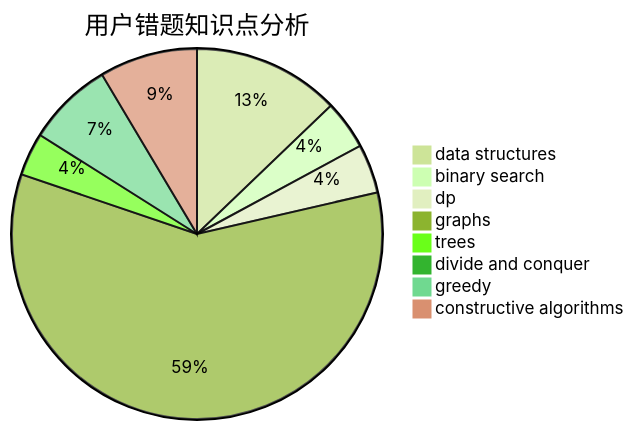
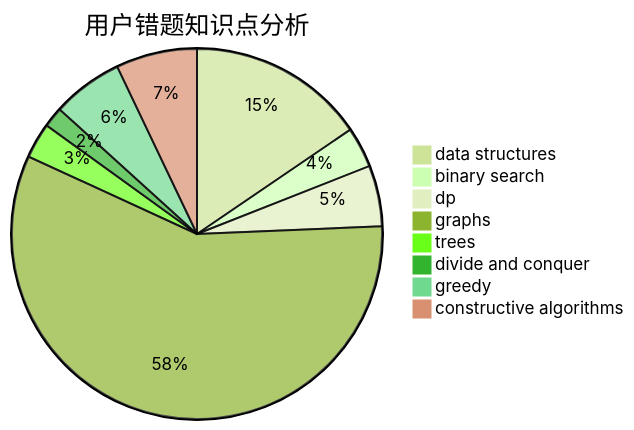
The third of 3 diagrams in docs/user/u2459.md (sherpahu/cfrs.github.io), drawn with Mermaid (forest theme) before and after one commit. The commit also changed other lines of this file and 2770 other files, not shown here.

````diff
--- a/docs/user/u2459.md
+++ b/docs/user/u2459.md
@@ -36,11 +36,11 @@
 ```mermaid
 pie title 用户错题知识点分析
-    "data structures" :  24
+    "data structures" :  35
     "binary search" :  8
-    "dp" :  8
-    "graphs" :  110
+    "dp" :  12
+    "graphs" :  130
     "trees" :  7
-    "divide and conquer" :  0
+    "divide and conquer" :  4
     "greedy" :  14
     "constructive algorithms" :  16
 ```
````
